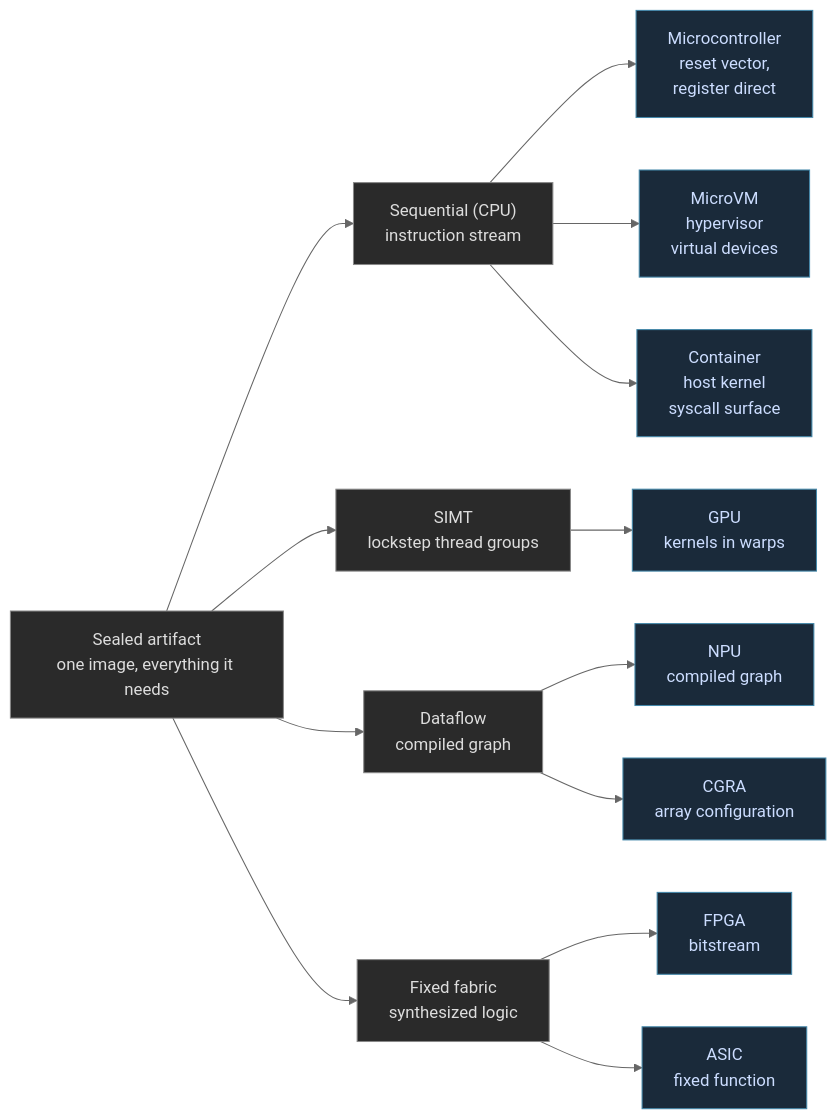
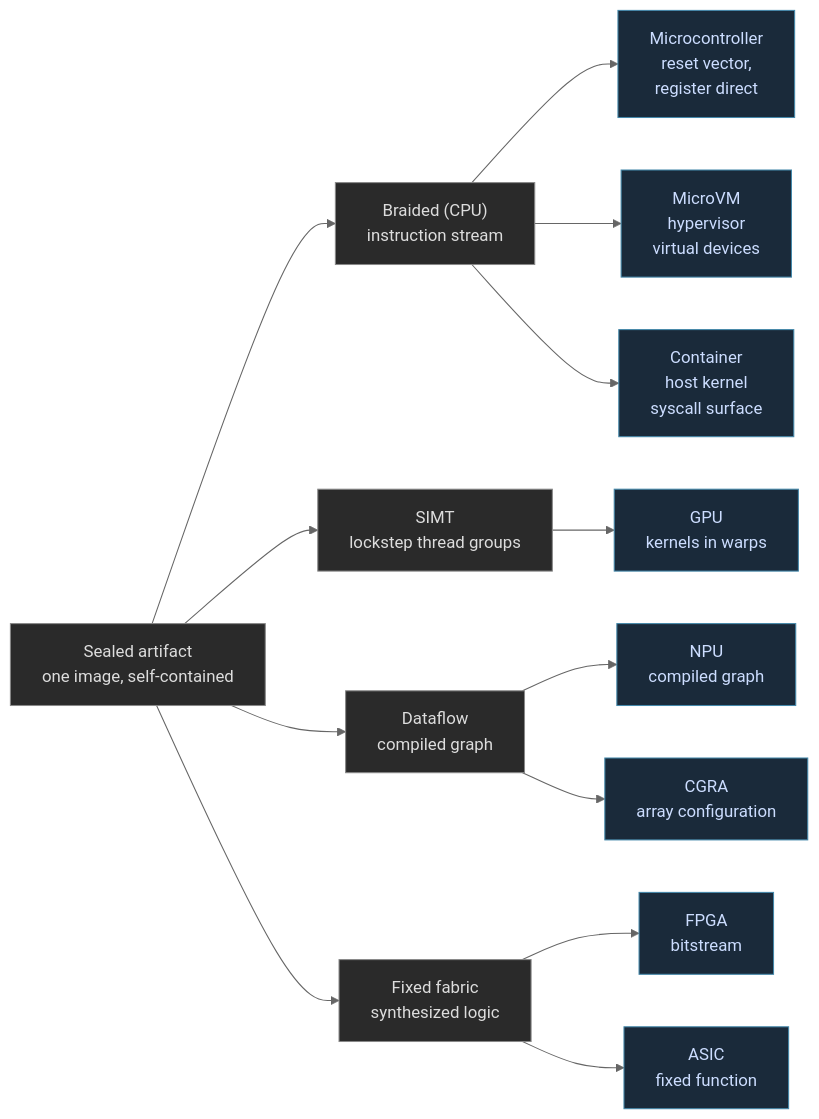
The first of 3 diagrams in hugo/content/blog/getting-to-the-heart-of-unikernels.md (FidelityFramework/clef-lang-site), drawn with Mermaid (neutral theme) before and after one commit.

Commit message:
fix lame chart box text

````diff
--- a/hugo/content/blog/getting-to-the-heart-of-unikernels.md
+++ b/hugo/content/blog/getting-to-the-heart-of-unikernels.md
@@ -10,28 +10,28 @@
 ```mermaid
 graph LR
-    ROOT["Sealed artifact<br/>one image, everything it needs"]
+    ROOT["Sealed artifact<br/>one image, self-contained"]
 
-    ROOT --> SEQ["Sequential (CPU)<br/>instruction stream"]
+    ROOT --> SEQ["Braided (CPU)<br/>instruction stream"]
     ROOT --> SIMT["SIMT<br/>lockstep thread groups"]
     ROOT --> DF["Dataflow<br/>compiled graph"]
     ROOT --> FIX["Fixed fabric<br/>synthesized logic"]
 
     SEQ --> MCU["Microcontroller<br/>reset vector,<br/>register direct"]
     SEQ --> UVM["MicroVM<br/>hypervisor<br/>virtual devices"]
     SEQ --> CON["Container<br/>host kernel<br/>syscall surface"]
 
     SIMT --> GPU["GPU<br/>kernels in warps"]
 
     DF --> NPU["NPU<br/>compiled graph"]
     DF --> CGRA["CGRA<br/>array configuration"]
 
     FIX --> FPGA["FPGA<br/>bitstream"]
     FIX --> ASIC["ASIC<br/>fixed function"]
 
     classDef root fill:#2a2a2a,stroke:#888,color:#ddd;
     classDef model fill:#2a2a2a,stroke:#888,color:#ddd;
     classDef target fill:#1a2a3a,stroke:#48a,color:#cdf;
     class ROOT root;
     class SEQ,SIMT,DF,FIX model;
     class MCU,UVM,CON,GPU,NPU,CGRA,FPGA,ASIC target;
 ```
````
